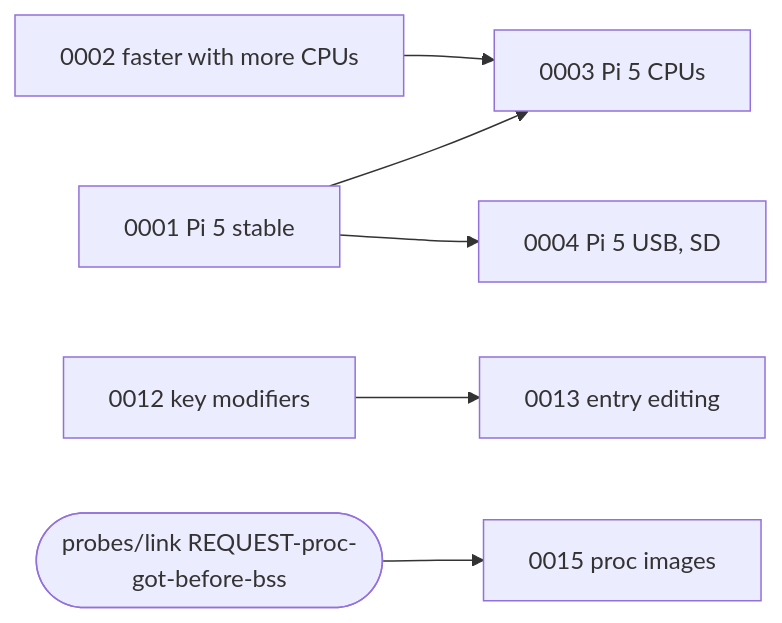
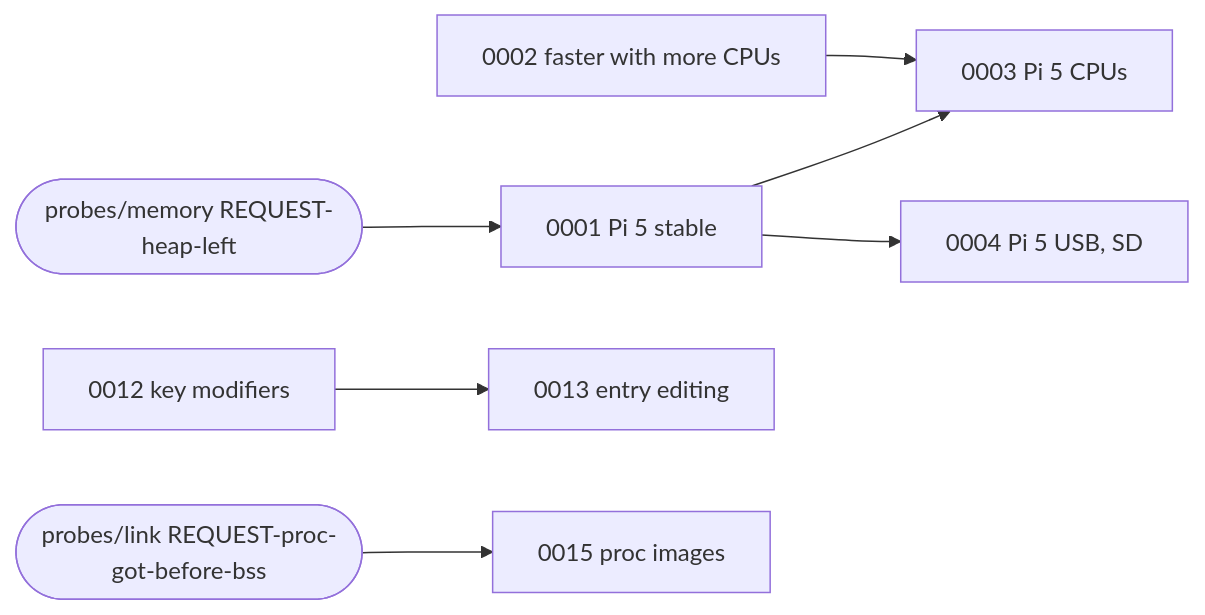
The diagram in roadmap/INDEX.md (misleb/L0S), drawn with Mermaid before and after one commit. The commit also changed other lines of this file and 4 other files, not shown here.

First line of the commit message:
Give roadmap 0001 its steps: warm boots done, the kernel's heap waits on L0

````diff
--- a/roadmap/INDEX.md
+++ b/roadmap/INDEX.md
@@ -50,8 +50,9 @@
 ```mermaid
 graph LR
   0001[0001 Pi 5 stable] --> 0003[0003 Pi 5 CPUs]
   0002[0002 faster with more CPUs] --> 0003
   0001 --> 0004[0004 Pi 5 USB, SD]
   0012[0012 key modifiers] --> 0013[0013 entry editing]
   R1([probes/link REQUEST-proc-got-before-bss]) --> 0015[0015 proc images]
+  R2([probes/memory REQUEST-heap-left]) --> 0001
 ```
````
